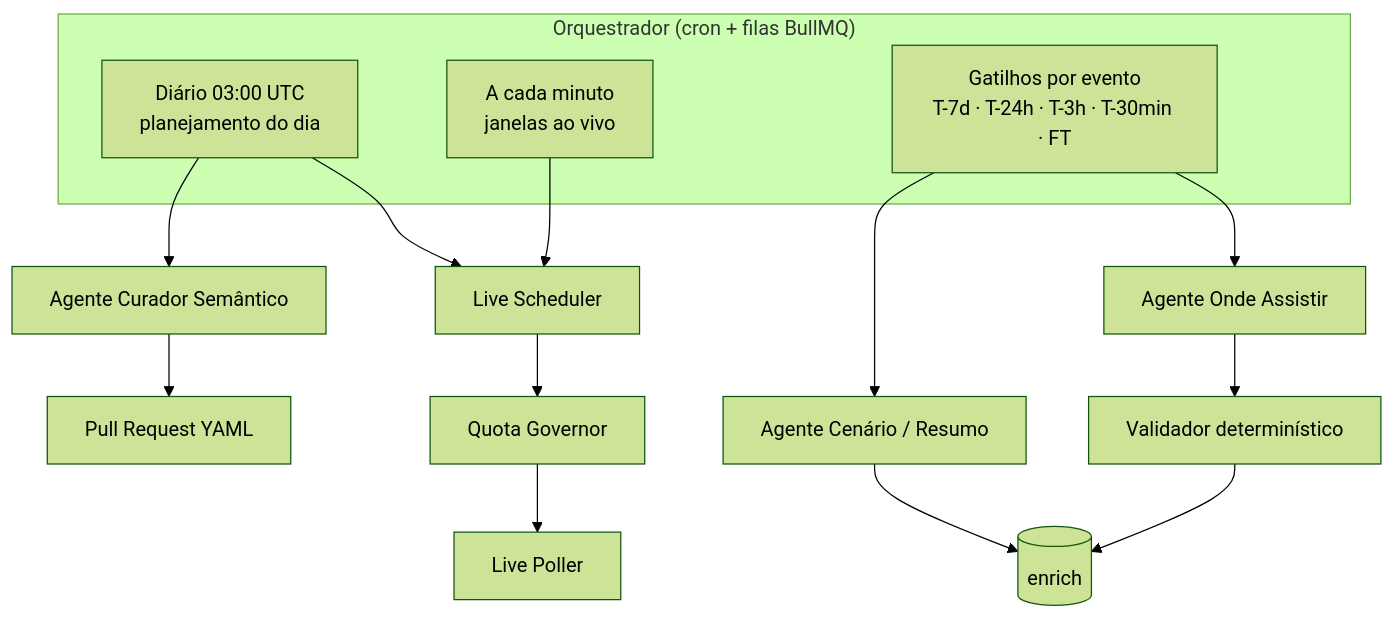
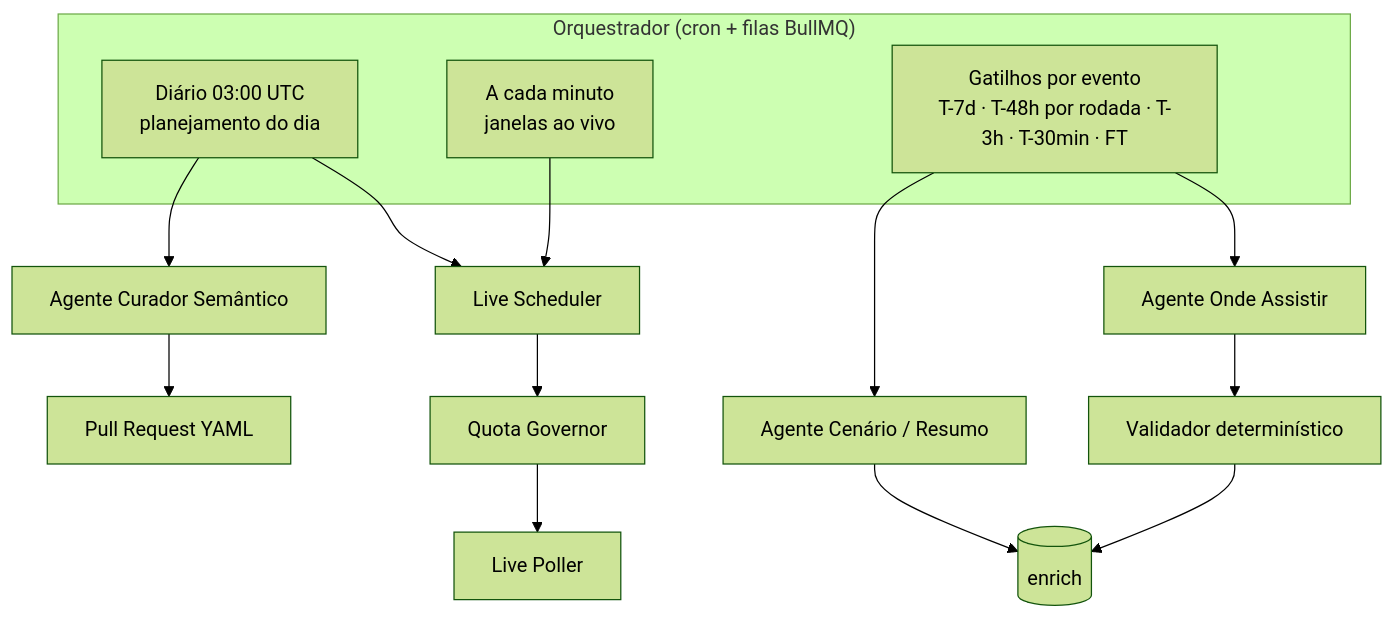
One commit to galaxie-works/galaxie-sports changed the first of 2 diagrams in docs/07-ia-tempo-real-e-enriquecimento.md. Above: the diagram before and after it, drawn with Mermaid (forest theme). The commit also changed other lines of this file and 13 other files, not shown here.

````diff
--- a/docs/07-ia-tempo-real-e-enriquecimento.md
+++ b/docs/07-ia-tempo-real-e-enriquecimento.md
@@ -17,17 +17,17 @@
 ```mermaid
 flowchart TB
   subgraph Agendador["Orquestrador (cron + filas BullMQ)"]
     T1[Diário 03:00 UTC<br/>planejamento do dia]
     T2[A cada minuto<br/>janelas ao vivo]
-    T3[Gatilhos por evento<br/>T-7d · T-24h · T-3h · T-30min · FT]
+    T3[Gatilhos por evento<br/>T-7d · T-48h por rodada · T-3h · T-30min · FT]
   end
   T1 --> LS[Live Scheduler]
   T2 --> LS
   T3 --> WTW[Agente Onde Assistir]
   T3 --> CTX[Agente Cenário / Resumo]
   T1 --> KBC[Agente Curador Semântico]
   LS --> QG[Quota Governor] --> LP[Live Poller]
   WTW --> VAL[Validador determinístico] --> DB[(enrich)]
   CTX --> DB
   KBC --> PR[Pull Request YAML]
 ```
````
